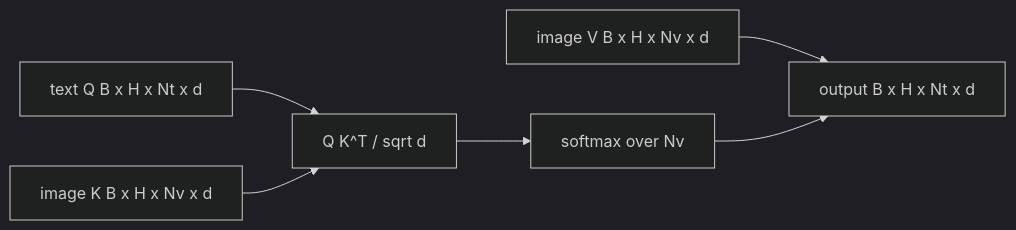
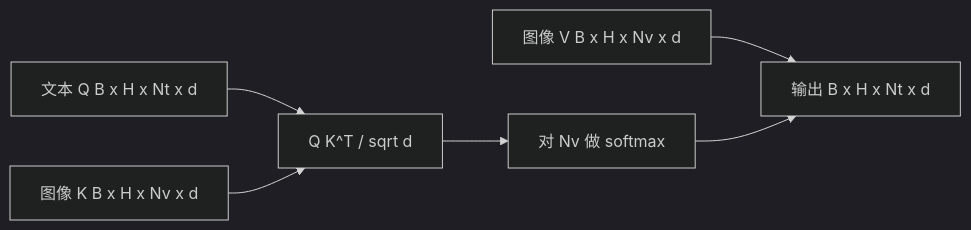
Before and after one commit to guangningsun/ailearning: the second of 2 diagrams in lessons/19-capstone-projects/61-cross-attention-fusion/docs/zh.md, drawn with Mermaid (dark theme). The commit also changed other lines of this file and 85 other files, not shown here.

````diff
--- a/lessons/19-capstone-projects/61-cross-attention-fusion/docs/zh.md
+++ b/lessons/19-capstone-projects/61-cross-attention-fusion/docs/zh.md
@@ -37,8 +37,8 @@
 ```mermaid
 flowchart LR
-  Q[text Q B x H x Nt x d] --> Scores[Q K^T / sqrt d]
-  K[image K B x H x Nv x d] --> Scores
-  Scores --> Soft[softmax over Nv]
-  V[image V B x H x Nv x d] --> Out
-  Soft --> Out[output B x H x Nt x d]
+  Q[文本 Q B x H x Nt x d] --> Scores[Q K^T / sqrt d]
+  K[图像 K B x H x Nv x d] --> Scores
+  Scores --> Soft[对 Nv 做 softmax]
+  V[图像 V B x H x Nv x d] --> Out
+  Soft --> Out[输出 B x H x Nt x d]
 ```
````
